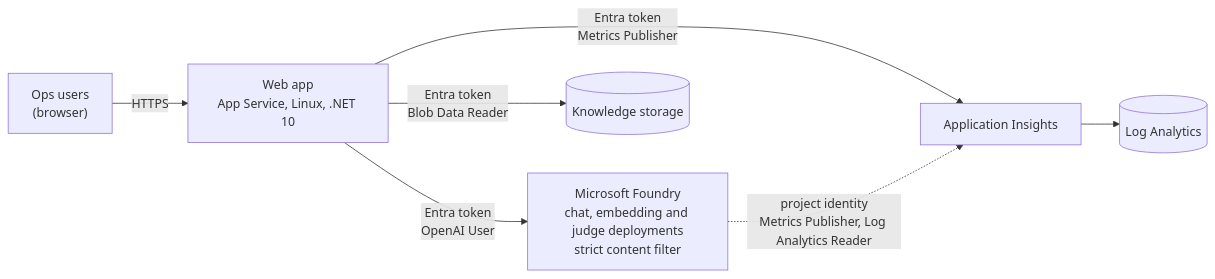
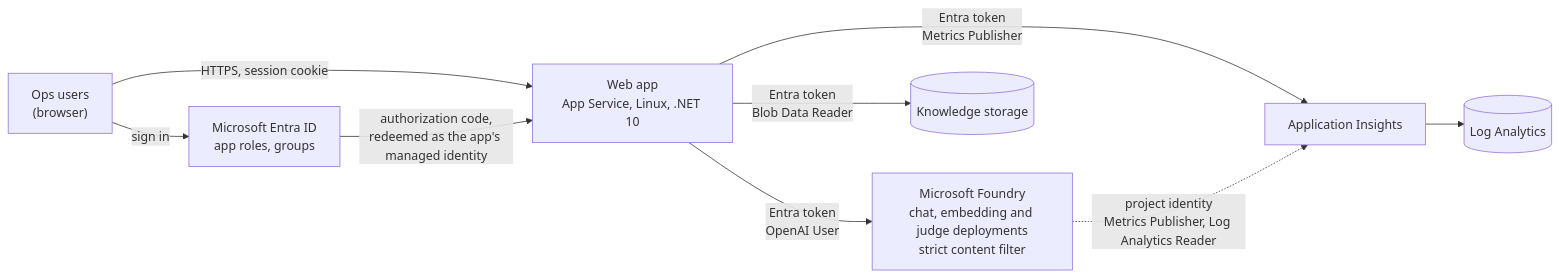
One commit to ankurparekh1988/payment-ops-investigation-agent changed the first of 2 diagrams in docs/Architecture.md. Above: the diagram before and after it, drawn with Mermaid. The commit also changed other lines of this file and 64 other files, not shown here.

First line of the commit message:
feat: add entra authentication, app roles and telemetry baseline (#7)

````diff
--- a/docs/Architecture.md
+++ b/docs/Architecture.md
@@ -21,9 +23,11 @@
 ```mermaid
 flowchart LR
-  U["Ops users<br/>(browser)"] -->|HTTPS| APP["Web app<br/>App Service, Linux, .NET 10"]
+  U["Ops users<br/>(browser)"] -->|HTTPS, session cookie| APP["Web app<br/>App Service, Linux, .NET 10"]
+  U -->|sign in| E["Microsoft Entra ID<br/>app roles, groups"]
+  E -->|"authorization code,<br/>redeemed as the app's managed identity"| APP
   APP -->|"Entra token<br/>OpenAI User"| F["Microsoft Foundry<br/>chat, embedding and judge deployments<br/>strict content filter"]
   APP -->|"Entra token<br/>Blob Data Reader"| ST[("Knowledge storage")]
   APP -->|"Entra token<br/>Metrics Publisher"| AI["Application Insights"]
   AI --> LA[("Log Analytics")]
   F -.->|"project identity<br/>Metrics Publisher, Log Analytics Reader"| AI
 ```
````
